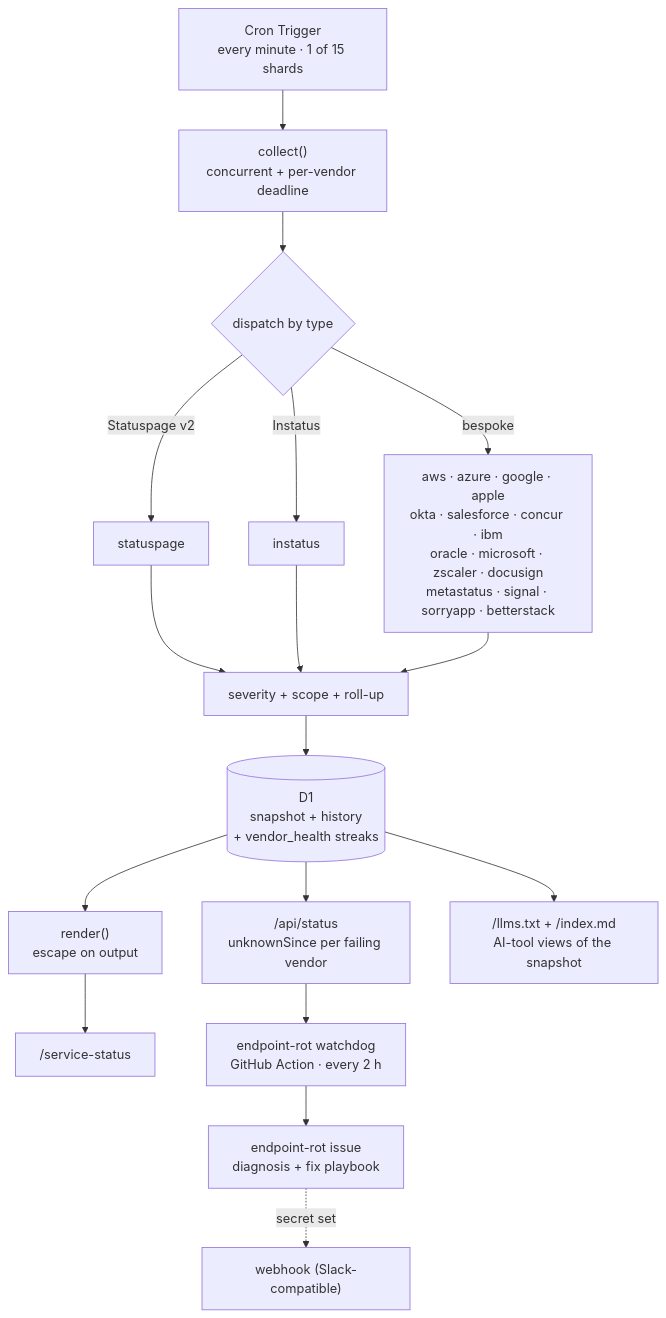
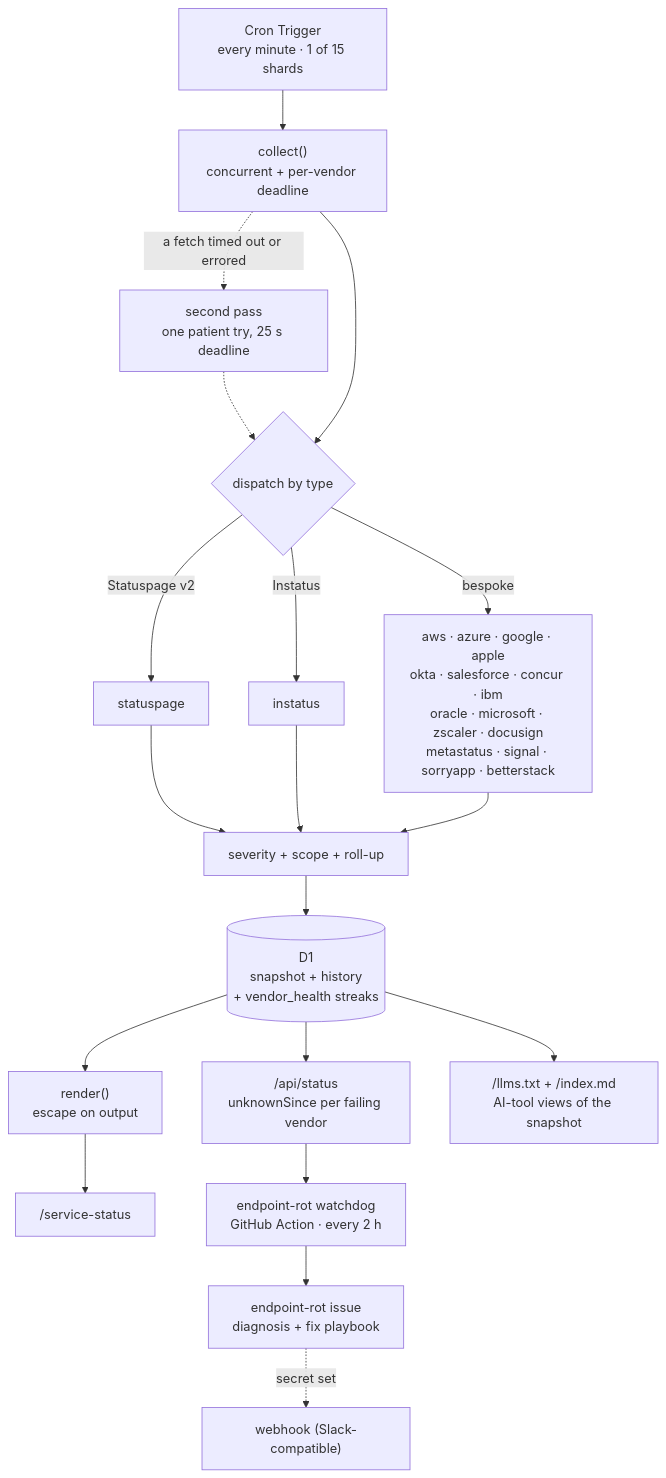
One commit to bjgreenberg/vendor-dashboard changed the first of 3 diagrams in README.md. Above: the diagram before and after it, drawn with Mermaid. The commit also changed other lines of this file and 5 other files, not shown here.

````diff
--- a/README.md
+++ b/README.md
@@ -82,19 +82,21 @@
 ```mermaid
 flowchart TB
     cron["Cron Trigger<br/>every minute · 1 of 15 shards"] --> collect["collect()<br/>concurrent + per-vendor deadline"]
+    collect -.->|"a fetch timed out or errored"| recheck["second pass<br/>one patient try, 25 s deadline"]
+    recheck -.-> adapters
     collect --> adapters{"dispatch by type"}
     adapters -->|"Statuspage v2"| a1["statuspage"]
     adapters -->|"Instatus"| a2["instatus"]
     adapters -->|"bespoke"| a3["aws · azure · google · apple<br/>okta · salesforce · concur · ibm<br/>oracle · microsoft · zscaler · docusign<br/>metastatus · signal · sorryapp · betterstack"]
     a1 --> norm["severity + scope + roll-up"]
     a2 --> norm
     a3 --> norm
     norm --> d1[("D1<br/>snapshot + history<br/>+ vendor_health streaks")]
     d1 --> render["render()<br/>escape on output"]
     render --> page["/service-status"]
     d1 --> api["/api/status<br/>unknownSince per failing vendor"]
     d1 --> ai["/llms.txt + /index.md<br/>AI-tool views of the snapshot"]
     api --> wd["endpoint-rot watchdog<br/>GitHub Action · every 2 h"]
     wd --> issue["endpoint-rot issue<br/>diagnosis + fix playbook"]
     issue -.->|"secret set"| slack["webhook (Slack-compatible)"]
 ```
````
